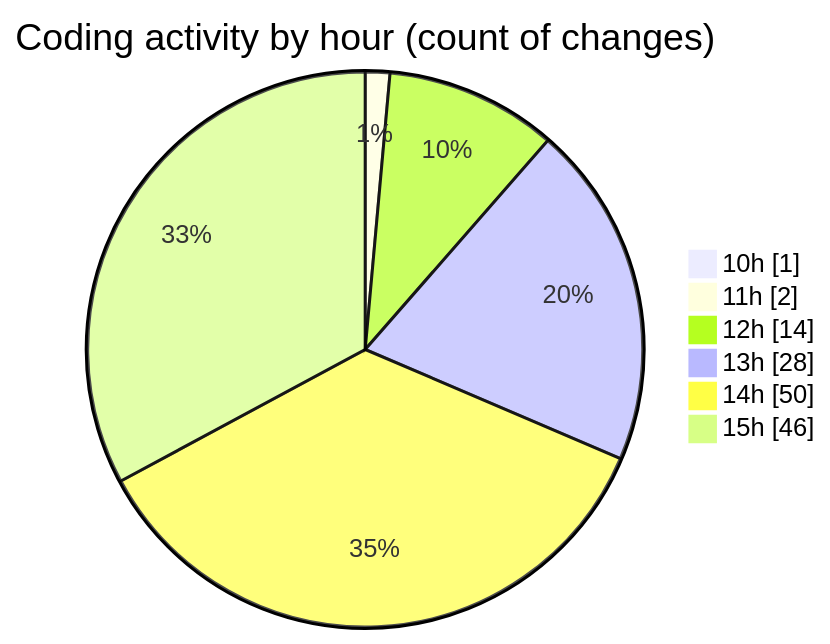
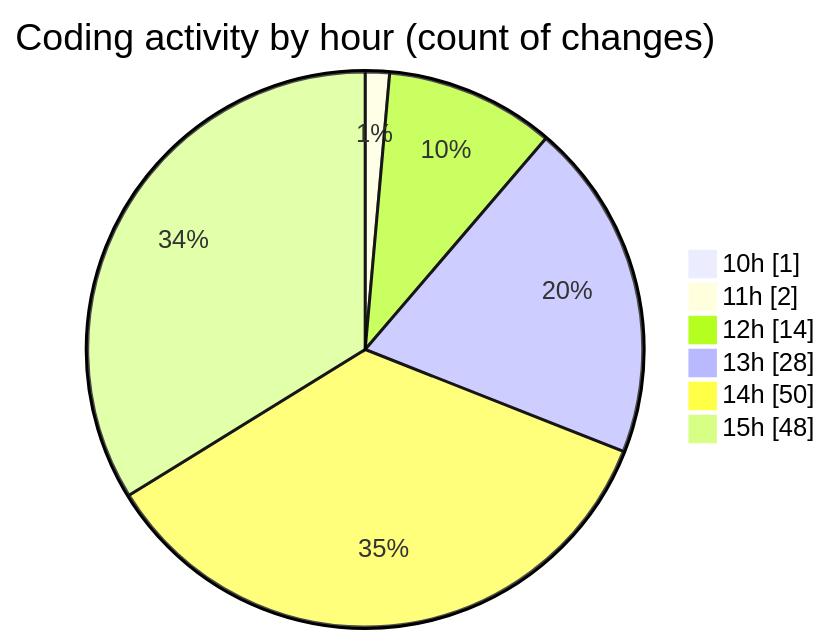
The second of 2 diagrams in 2026-11-02/cda/README.md (momahboobian/code-tracking), drawn with Mermaid before and after one commit. The commit also changed other lines of this file and 1 other file, not shown here.

````diff
--- a/2026-11-02/cda/README.md
+++ b/2026-11-02/cda/README.md
@@ -69,10 +69,10 @@
 ```mermaid
 pie showData
 title Coding activity by hour (count of changes)
 "10h" : 1
 "11h" : 2
 "12h" : 14
 "13h" : 28
 "14h" : 50
-"15h" : 46
+"15h" : 48
 ```
````
